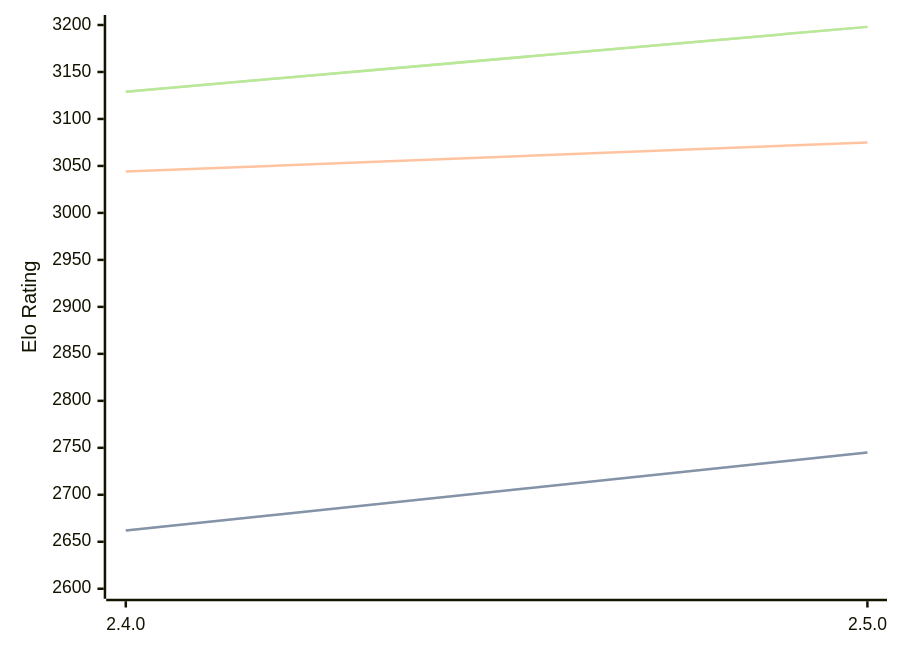
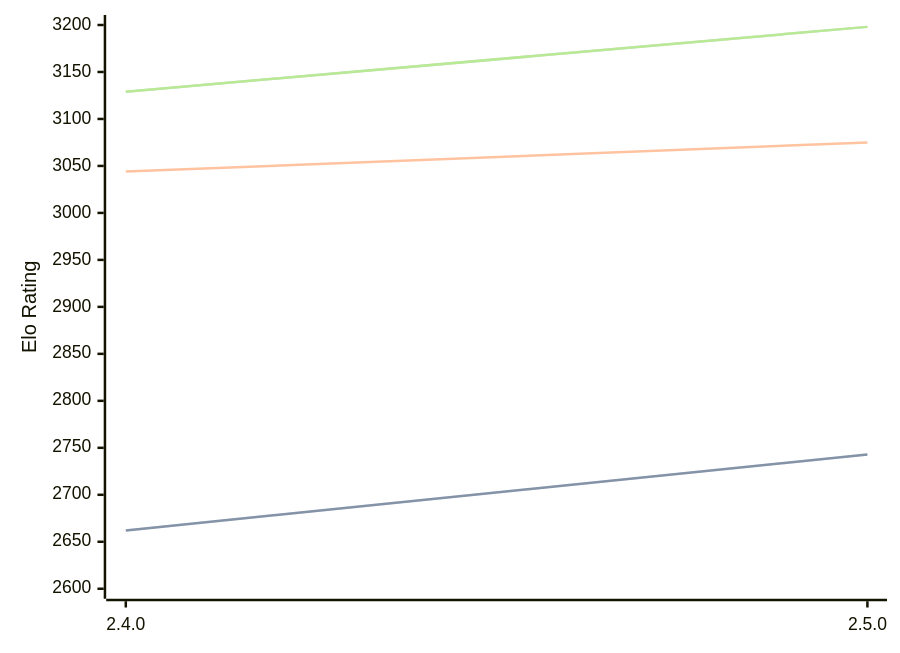
One commit to computer-chess-index/cci changed the diagram in engines/Sturddle2.md. Above: the diagram before and after it, drawn with Mermaid. The commit also changed other lines of this file, not shown here.

Commit message:
Update CCI Ratings (ELO VLTC) - 2026-03-17

````diff
--- a/engines/Sturddle2.md
+++ b/engines/Sturddle2.md
@@ -35,11 +35,11 @@
 ```mermaid
 %%{init: {"theme":"base","themeVariables":{"seriesColors:['#a3a3a3','#222221','#faa371']}}}%%
 xychart-beta
   x-axis ["2.4.0", "2.5.0"]
   y-axis "Elo Rating" 2600 --> 3200
-  line "STC (8.0+0.08s)" [2662, 2745]
-  line "STC (8.0+0.08s)" [2662, 2745]
+  line "STC (8.0+0.08s)" [2662, 2743]
+  line "STC (8.0+0.08s)" [2662, 2743]
   line "LTC (60.0+0.60s)" [3044, 3075]
   line "VLTC (2m24s+1.12s)" [3129, 3198]
   line "VLTC (2m24s+1.12s)" [3129, 3198]
 ```
````
